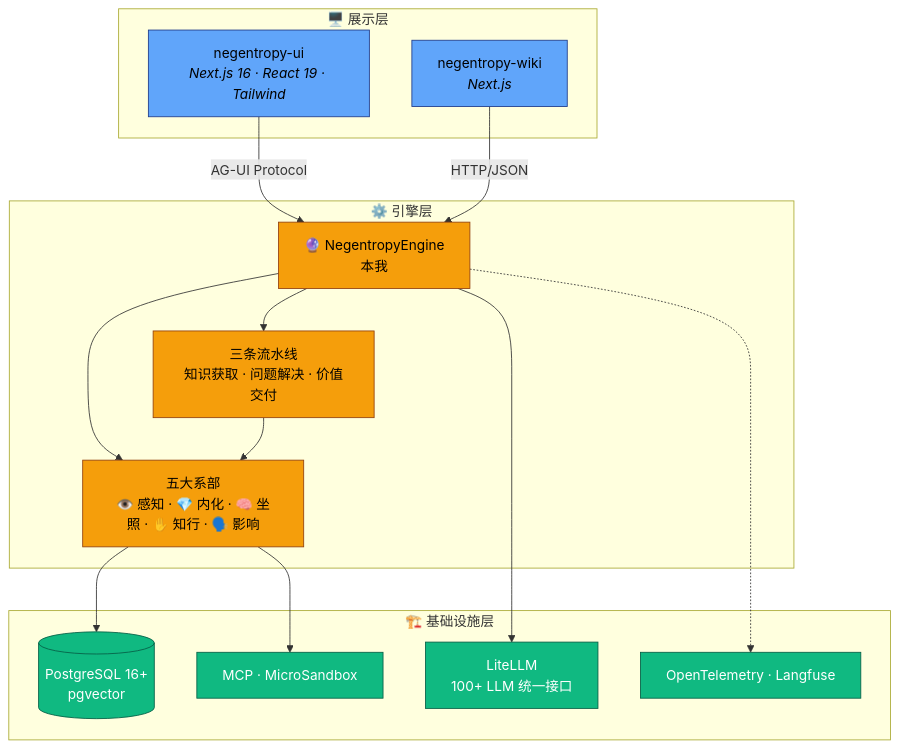
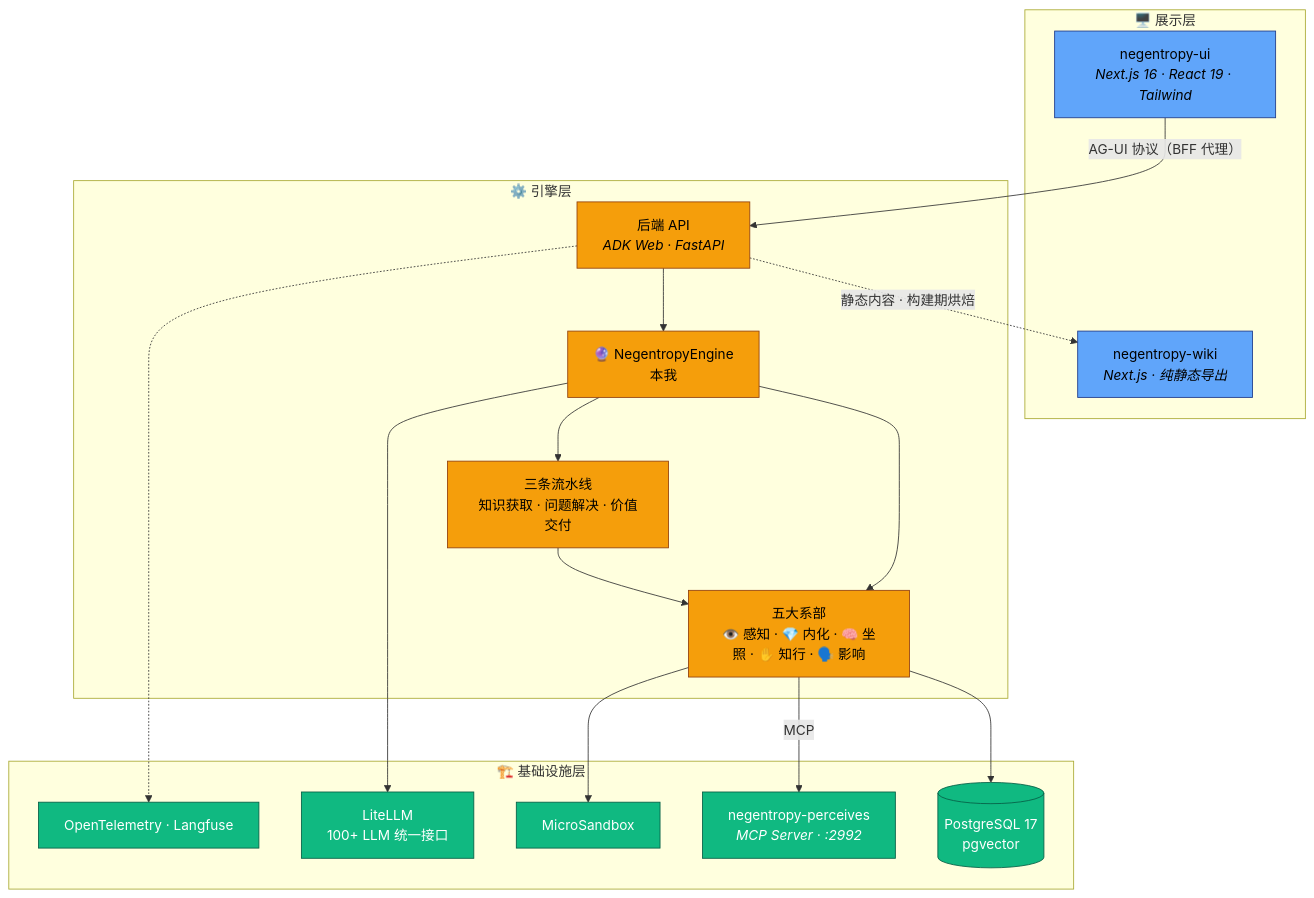
The second of 2 diagrams in docs/i18n/zh-CN/README.md (ThreeFish-AI/negentropy), drawn with Mermaid before and after one commit. The commit also changed other lines of this file and 10 other files, not shown here.

First line of the commit message:
docs(arch-diagram): 三层架构图重置校准——wiki 静态化·perceives MCP 服务·PG17·API 中继对齐实际架构，新增 archify 交互式架构图;

````diff
--- a/docs/i18n/zh-CN/README.md
+++ b/docs/i18n/zh-CN/README.md
@@ -174,38 +174,42 @@
 ```mermaid
 graph TB
     subgraph Presentation["🖥️ 展示层"]
         UI["negentropy-ui<br/><i>Next.js 16 · React 19 · Tailwind</i>"]
-        Wiki["negentropy-wiki<br/><i>Next.js</i>"]
+        Wiki["negentropy-wiki<br/><i>Next.js · 纯静态导出</i>"]
     end
 
     subgraph Engine["⚙️ 引擎层"]
+        API["后端 API<br/><i>ADK Web · FastAPI</i>"]
         Root["🔮 NegentropyEngine<br/>本我"]
         Faculties["五大系部<br/>👁️ 感知 · 💎 内化 · 🧠 坐照 · ✋ 知行 · 🗣️ 影响"]
         Pipelines["三条流水线<br/>知识获取 · 问题解决 · 价值交付"]
     end
 
     subgraph Infra["🏗️ 基础设施层"]
-        DB[("PostgreSQL 16+<br/>pgvector")]
+        Perceives["negentropy-perceives<br/><i>MCP Server · :2992</i>"]
+        DB[("PostgreSQL 17<br/>pgvector")]
         LLM["LiteLLM<br/>100+ LLM 统一接口"]
         OTel["OpenTelemetry · Langfuse"]
-        Sandbox["MCP · MicroSandbox"]
+        Sandbox["MicroSandbox"]
     end
 
-    UI -->|"AG-UI Protocol"| Root
-    Wiki -->|"HTTP/JSON"| Root
+    UI -->|"AG-UI 协议（BFF 代理）"| API
+    API -.->|"静态内容 · 构建期烘焙"| Wiki
+    API --> Root
     Root --> Faculties
     Root --> Pipelines
     Pipelines --> Faculties
     Faculties --> DB
+    Faculties -->|"MCP"| Perceives
     Faculties --> Sandbox
     Root --> LLM
-    Root -.-> OTel
+    API -.-> OTel
 
     classDef pres fill:#60A5FA,stroke:#1E3A8A,color:#000
     classDef eng fill:#F59E0B,stroke:#92400E,color:#000
     classDef infra fill:#10B981,stroke:#065F46,color:#FFF
 
     class UI,Wiki pres
-    class Root,Faculties,Pipelines eng
-    class DB,LLM,OTel,Sandbox infra
+    class API,Root,Faculties,Pipelines eng
+    class Perceives,DB,LLM,OTel,Sandbox infra
 ```
````
